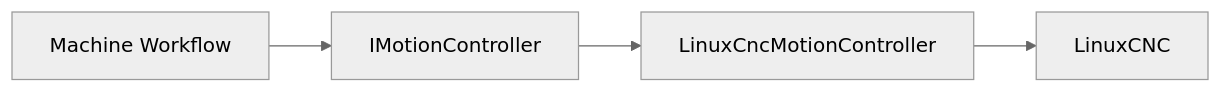
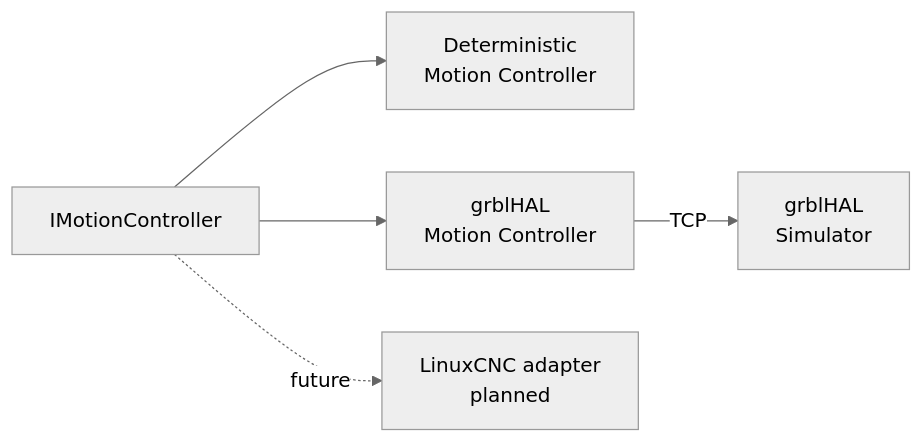
One commit to parthoece/multiaxis-motion-sim changed the third of 3 diagrams in README.md. Above: the diagram before and after it, drawn with Mermaid (neutral theme). The commit also changed other lines of this file, not shown here.

Commit message:
Document extensible grblHAL architecture

````diff
--- a/README.md
+++ b/README.md
@@ -234,11 +269,13 @@
 ```mermaid
 flowchart LR
-    APP[Machine Workflow]
     CONTRACT[IMotionController]
-    ADAPTER[LinuxCncMotionController]
-    CNC[LinuxCNC]
+    SIM[Deterministic<br/>Motion Controller]
+    GRBL[grblHAL<br/>Motion Controller]
+    SERVER[grblHAL<br/>Simulator]
+    LINUX[LinuxCNC adapter<br/>planned]
 
-    APP --> CONTRACT
-    CONTRACT --> ADAPTER
-    ADAPTER --> CNC
+    CONTRACT --> SIM
+    CONTRACT --> GRBL
+    GRBL -->|TCP| SERVER
+    CONTRACT -. future .-> LINUX
 ```
````
